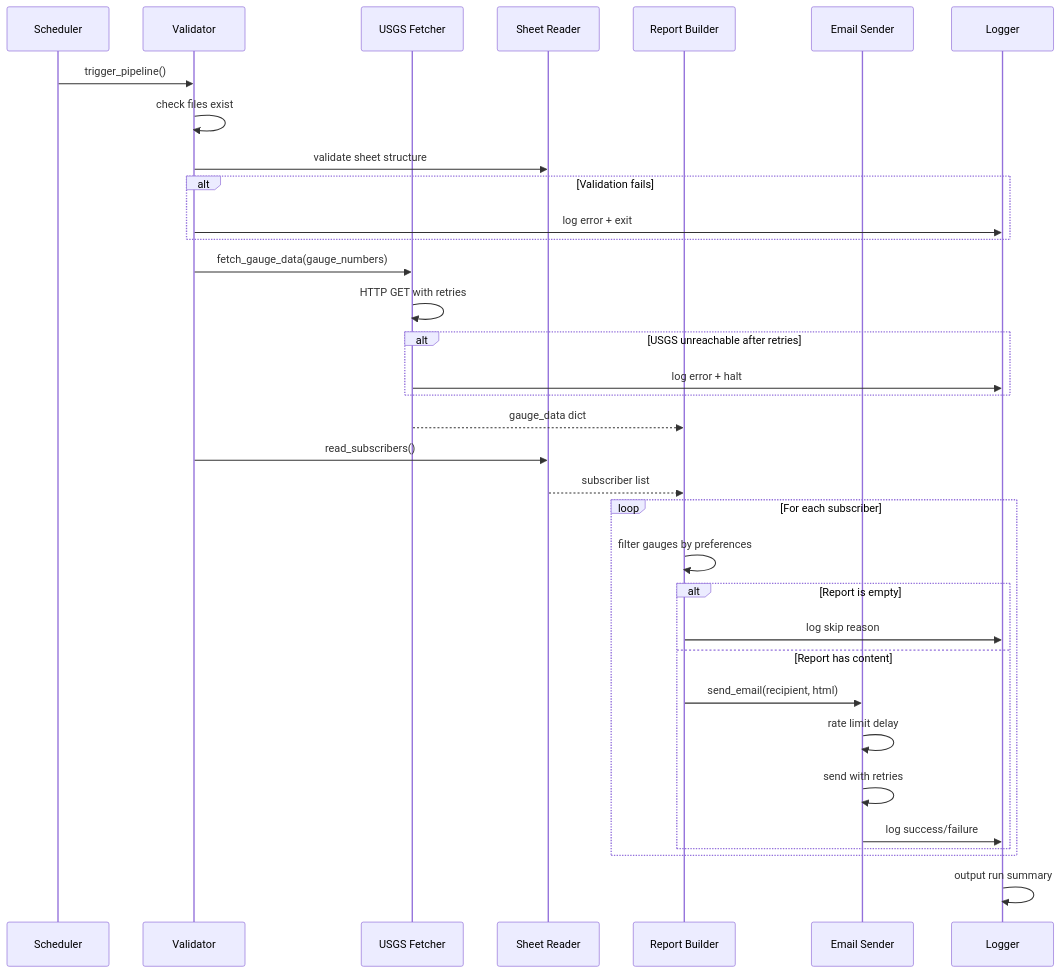
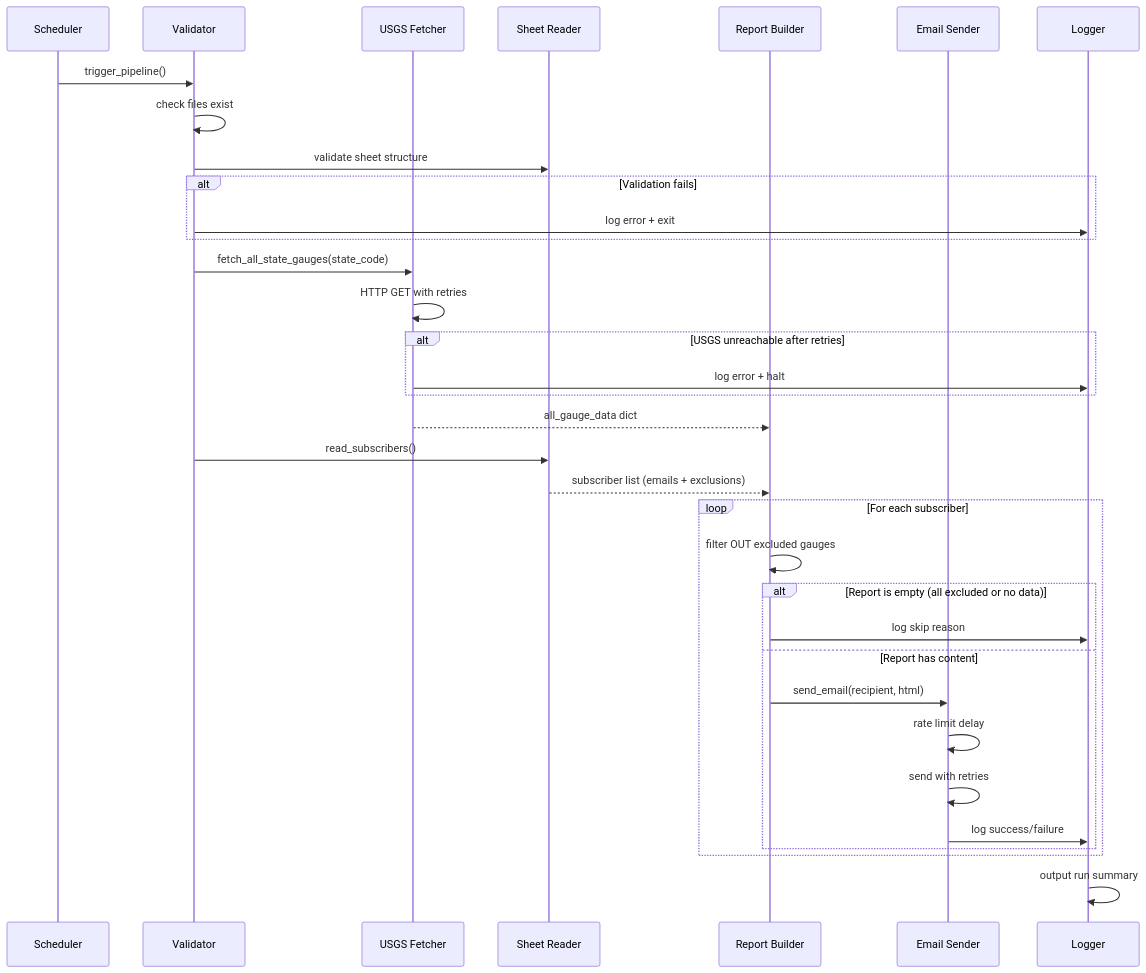
Before and after one commit to patrick-fortunato/river-level-notification-system: the second of 2 diagrams in .kiro/specs/river-level-notification-system/design.md, drawn with Mermaid. The commit also changed other lines of this file and 37 other files, not shown here.

````diff
--- a/.kiro/specs/river-level-notification-system/design.md
+++ b/.kiro/specs/river-level-notification-system/design.md
@@ -75,37 +76,37 @@
 ```mermaid
 sequenceDiagram
     participant S as Scheduler
     participant V as Validator
     participant U as USGS Fetcher
     participant R as Sheet Reader
     participant B as Report Builder
     participant E as Email Sender
     participant L as Logger
 
     S->>V: trigger_pipeline()
     V->>V: check files exist
     V->>R: validate sheet structure
     alt Validation fails
         V->>L: log error + exit
     end
-    V->>U: fetch_gauge_data(gauge_numbers)
+    V->>U: fetch_all_state_gauges(state_code)
     U->>U: HTTP GET with retries
     alt USGS unreachable after retries
         U->>L: log error + halt
     end
-    U-->>B: gauge_data dict
+    U-->>B: all_gauge_data dict
     V->>R: read_subscribers()
-    R-->>B: subscriber list
+    R-->>B: subscriber list (emails + exclusions)
     loop For each subscriber
-        B->>B: filter gauges by preferences
-        alt Report is empty
+        B->>B: filter OUT excluded gauges
+        alt Report is empty (all excluded or no data)
             B->>L: log skip reason
         else Report has content
             B->>E: send_email(recipient, html)
             E->>E: rate limit delay
             E->>E: send with retries
             E->>L: log success/failure
         end
     end
     L->>L: output run summary
 ```
````
